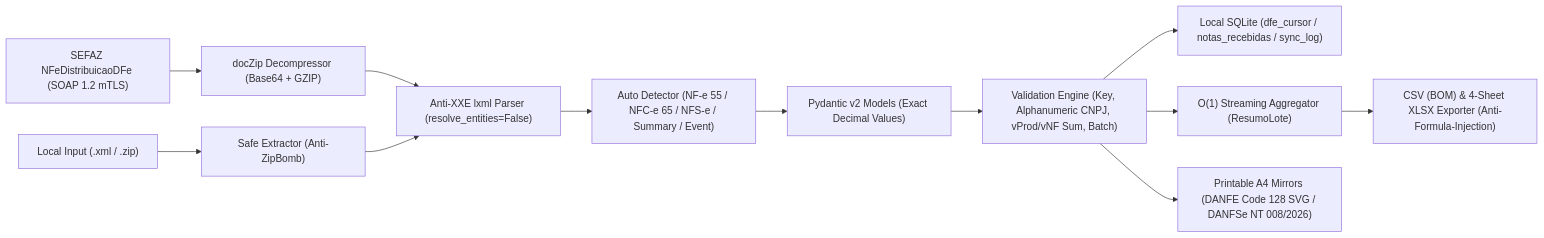
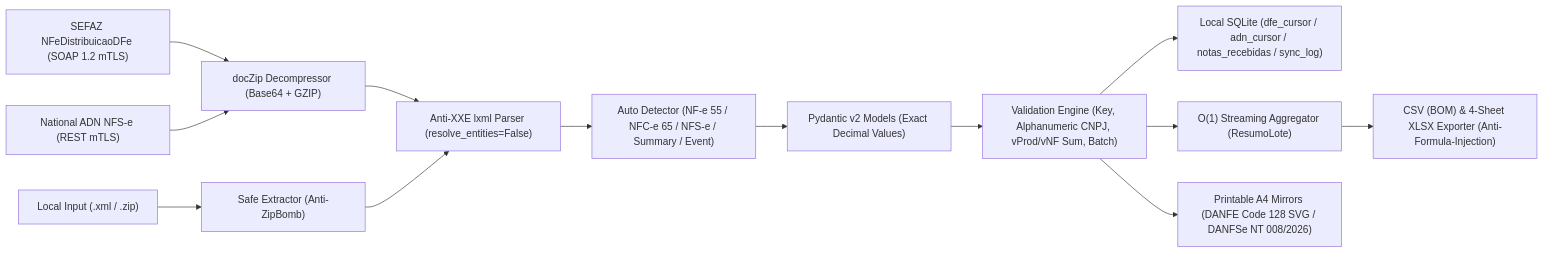
Before and after one commit to Giovani-fr/nfe-local: the diagram in README.en.md, drawn with Mermaid. The commit also changed other lines of this file and 3 other files, not shown here.

````diff
--- a/README.en.md
+++ b/README.en.md
@@ -249,14 +318,15 @@
 ```mermaid
 flowchart LR
     A["Local Input (.xml / .zip)"] --> B["Safe Extractor (Anti-ZipBomb)"]
     S["SEFAZ NFeDistribuicaoDFe (SOAP 1.2 mTLS)"] --> Z["docZip Decompressor (Base64 + GZIP)"]
+    N["National ADN NFS-e (REST mTLS)"] --> Z
     Z --> C["Anti-XXE lxml Parser (resolve_entities=False)"]
     B --> C
     C --> D["Auto Detector (NF-e 55 / NFC-e 65 / NFS-e / Summary / Event)"]
     D --> E["Pydantic v2 Models (Exact Decimal Values)"]
     E --> F["Validation Engine (Key, Alphanumeric CNPJ, vProd/vNF Sum, Batch)"]
-    F --> DB["Local SQLite (dfe_cursor / notas_recebidas / sync_log)"]
+    F --> DB["Local SQLite (dfe_cursor / adn_cursor / notas_recebidas / sync_log)"]
     F --> G["O(1) Streaming Aggregator (ResumoLote)"]
     F --> H["Printable A4 Mirrors (DANFE Code 128 SVG / DANFSe NT 008/2026)"]
     G --> I["CSV (BOM) & 4-Sheet XLSX Exporter (Anti-Formula-Injection)"]
 ```
````
